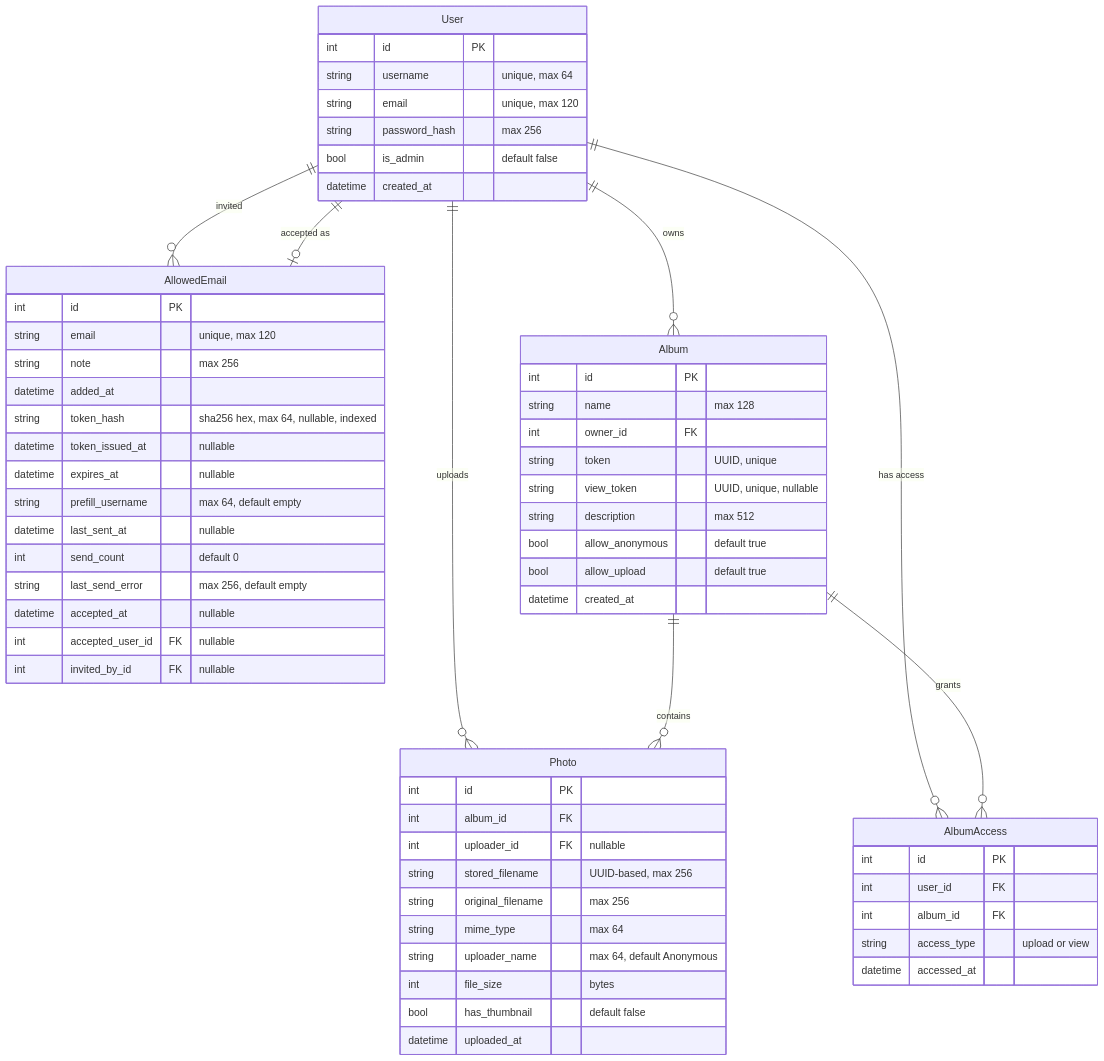
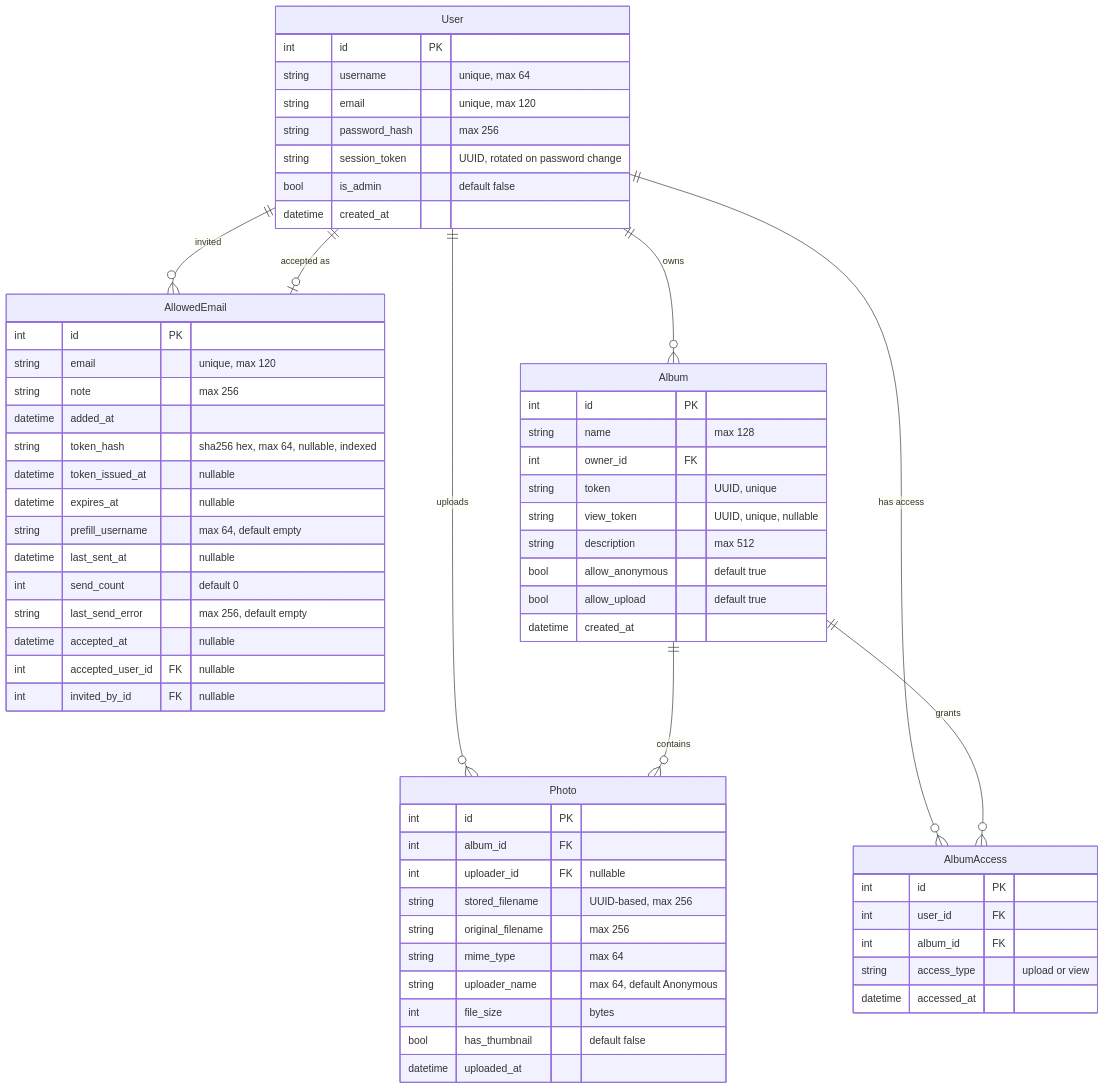
One commit to gfvandehei/PixelVault changed the diagram in docs/database_schema.md. Above: the diagram before and after it, drawn with Mermaid. The commit also changed other lines of this file and 18 other files, not shown here.

````diff
--- a/docs/database_schema.md
+++ b/docs/database_schema.md
@@ -3,69 +3,70 @@
 ```mermaid
 erDiagram
     User {
         int id PK
         string username "unique, max 64"
         string email "unique, max 120"
         string password_hash "max 256"
+        string session_token "UUID, rotated on password change"
         bool is_admin "default false"
         datetime created_at
     }
 
     AllowedEmail {
         int id PK
         string email "unique, max 120"
         string note "max 256"
         datetime added_at
         string token_hash "sha256 hex, max 64, nullable, indexed"
         datetime token_issued_at "nullable"
         datetime expires_at "nullable"
         string prefill_username "max 64, default empty"
         datetime last_sent_at "nullable"
         int send_count "default 0"
         string last_send_error "max 256, default empty"
         datetime accepted_at "nullable"
         int accepted_user_id FK "nullable"
         int invited_by_id FK "nullable"
     }
 
     Album {
         int id PK
         string name "max 128"
         int owner_id FK
         string token "UUID, unique"
         string view_token "UUID, unique, nullable"
         string description "max 512"
         bool allow_anonymous "default true"
         bool allow_upload "default true"
         datetime created_at
     }
 
     AlbumAccess {
         int id PK
         int user_id FK
         int album_id FK
         string access_type "upload or view"
         datetime accessed_at
     }
 
     Photo {
         int id PK
         int album_id FK
         int uploader_id FK "nullable"
         string stored_filename "UUID-based, max 256"
         string original_filename "max 256"
         string mime_type "max 64"
         string uploader_name "max 64, default Anonymous"
         int file_size "bytes"
         bool has_thumbnail "default false"
         datetime uploaded_at
     }
 
     User ||--o{ Album : "owns"
     User ||--o{ AllowedEmail : "invited"
     User ||--o| AllowedEmail : "accepted as"
     User ||--o{ AlbumAccess : "has access"
     User ||--o{ Photo : "uploads"
     Album ||--o{ Photo : "contains"
     Album ||--o{ AlbumAccess : "grants"
 ```
````
